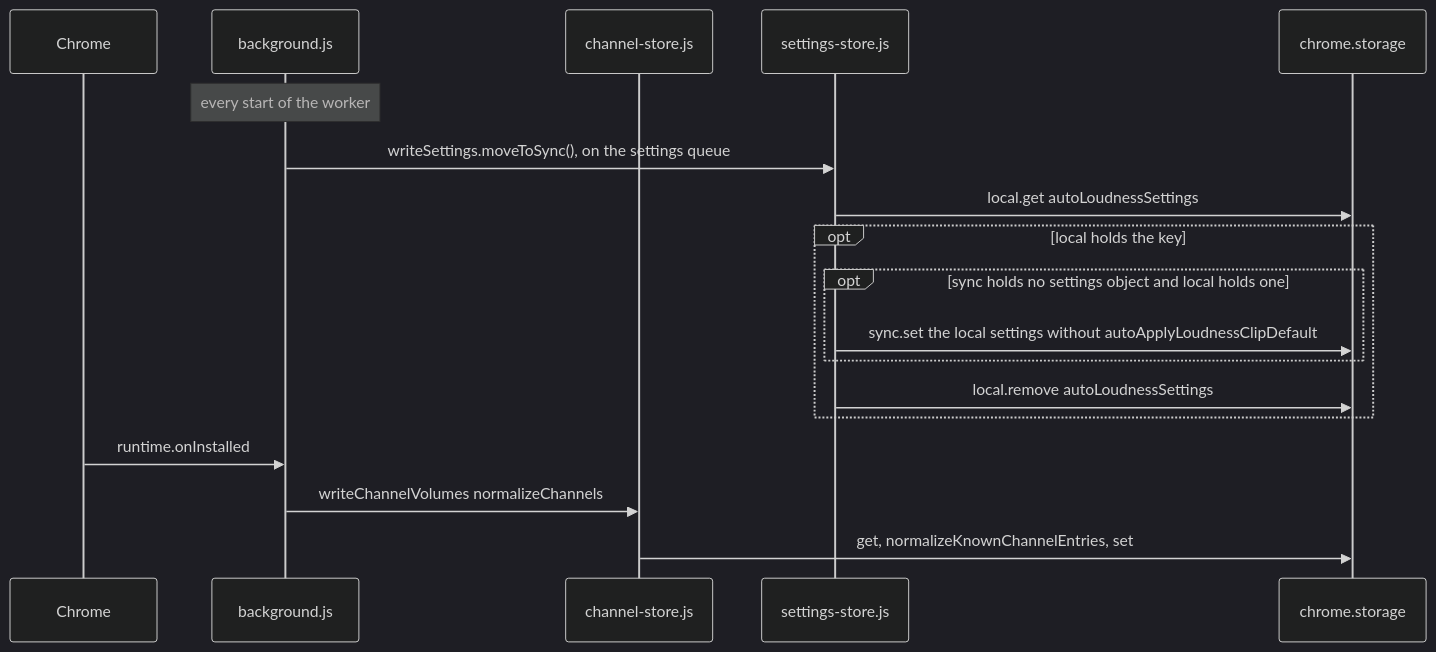
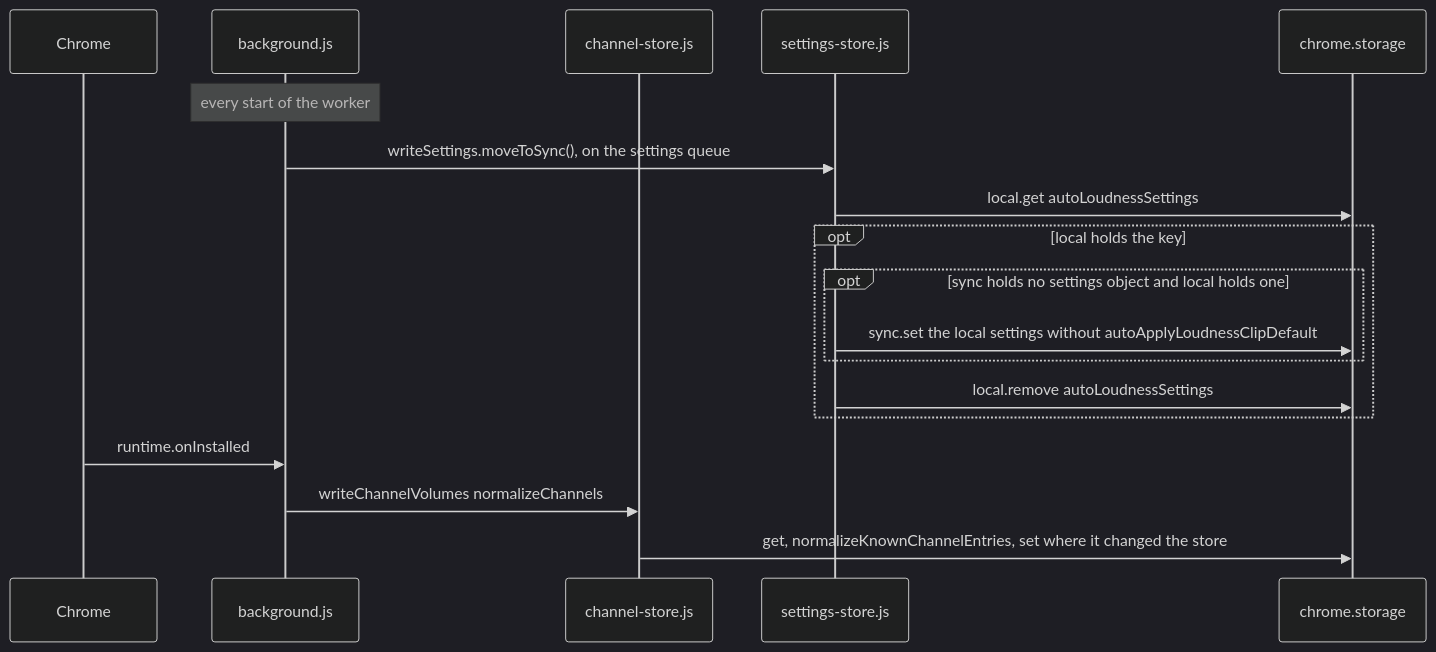
The fifth of 17 diagrams in docs/gain-change-and-save.md (semnil/twitch-channel-volume), drawn with Mermaid (dark theme) before and after one commit. The commit also changed other lines of this file and 5 other files, not shown here.

````diff
--- a/docs/gain-change-and-save.md
+++ b/docs/gain-change-and-save.md
@@ -221,20 +226,20 @@
 ```mermaid
 sequenceDiagram
   participant chrome as Chrome
   participant sw as background.js
   participant cstore as channel-store.js
   participant sstore as settings-store.js
   participant storage as chrome.storage
   Note over sw: every start of the worker
   sw->>sstore: writeSettings.moveToSync(), on the settings queue
   sstore->>storage: local.get autoLoudnessSettings
   opt local holds the key
     opt sync holds no settings object and local holds one
       sstore->>storage: sync.set the local settings without autoApplyLoudnessClipDefault
     end
     sstore->>storage: local.remove autoLoudnessSettings
   end
   chrome->>sw: runtime.onInstalled
   sw->>cstore: writeChannelVolumes normalizeChannels
-  cstore->>storage: get, normalizeKnownChannelEntries, set
+  cstore->>storage: get, normalizeKnownChannelEntries, set where it changed the store
 ```
````
